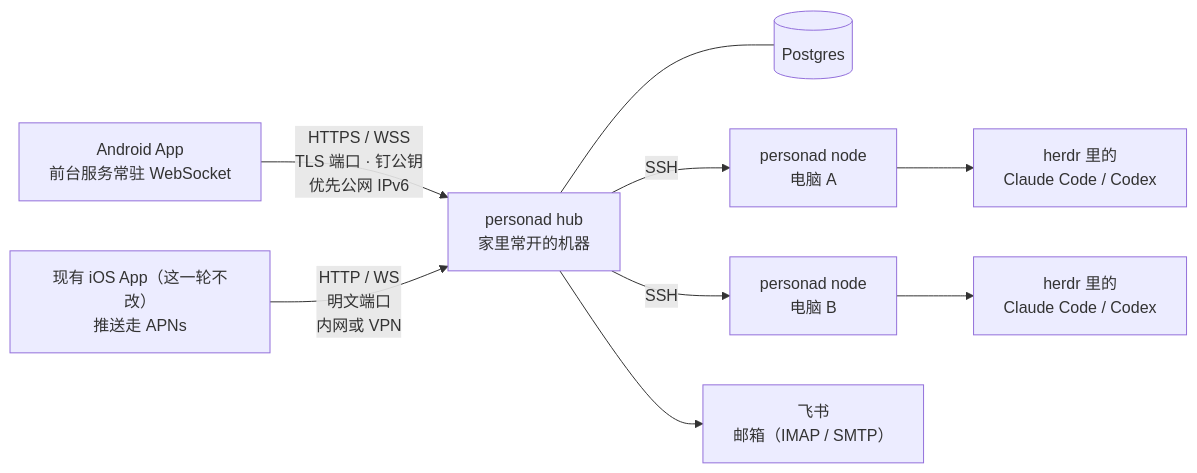
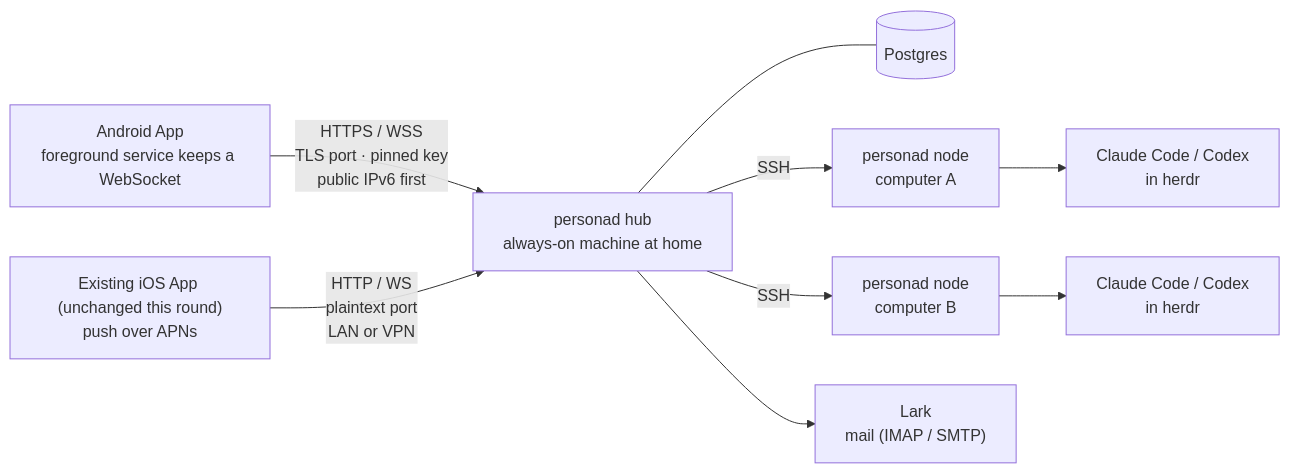
Before and after one commit to 413180794/persona: the first of 15 diagrams in docs/redesign/flows.md, drawn with Mermaid. The commit also changed other lines of this file and 6 other files, not shown here.

````diff
--- a/docs/redesign/flows.md
+++ b/docs/redesign/flows.md
@@ -31,11 +31,11 @@
 ```mermaid
 flowchart LR
-  A["Android App<br/>前台服务常驻 WebSocket"] -- "HTTPS / WSS<br/>TLS 端口 · 钉公钥<br/>优先公网 IPv6" --> H["personad hub<br/>家里常开的机器"]
-  I["现有 iOS App（这一轮不改）<br/>推送走 APNs"] -- "HTTP / WS<br/>明文端口<br/>内网或 VPN" --> H
+  A["Android App<br/>foreground service keeps a WebSocket"] -- "HTTPS / WSS<br/>TLS port · pinned key<br/>public IPv6 first" --> H["personad hub<br/>always-on machine at home"]
+  I["Existing iOS App (unchanged this round)<br/>push over APNs"] -- "HTTP / WS<br/>plaintext port<br/>LAN or VPN" --> H
   H --- P[("Postgres")]
-  H -- "SSH" --> N1["personad node<br/>电脑 A"]
-  H -- "SSH" --> N2["personad node<br/>电脑 B"]
-  N1 --> C1["herdr 里的<br/>Claude Code / Codex"]
-  N2 --> C2["herdr 里的<br/>Claude Code / Codex"]
-  H --> X["飞书<br/>邮箱（IMAP / SMTP）"]
+  H -- "SSH" --> N1["personad node<br/>computer A"]
+  H -- "SSH" --> N2["personad node<br/>computer B"]
+  N1 --> C1["Claude Code / Codex<br/>in herdr"]
+  N2 --> C2["Claude Code / Codex<br/>in herdr"]
+  H --> X["Lark<br/>mail (IMAP / SMTP)"]
 ```
````
